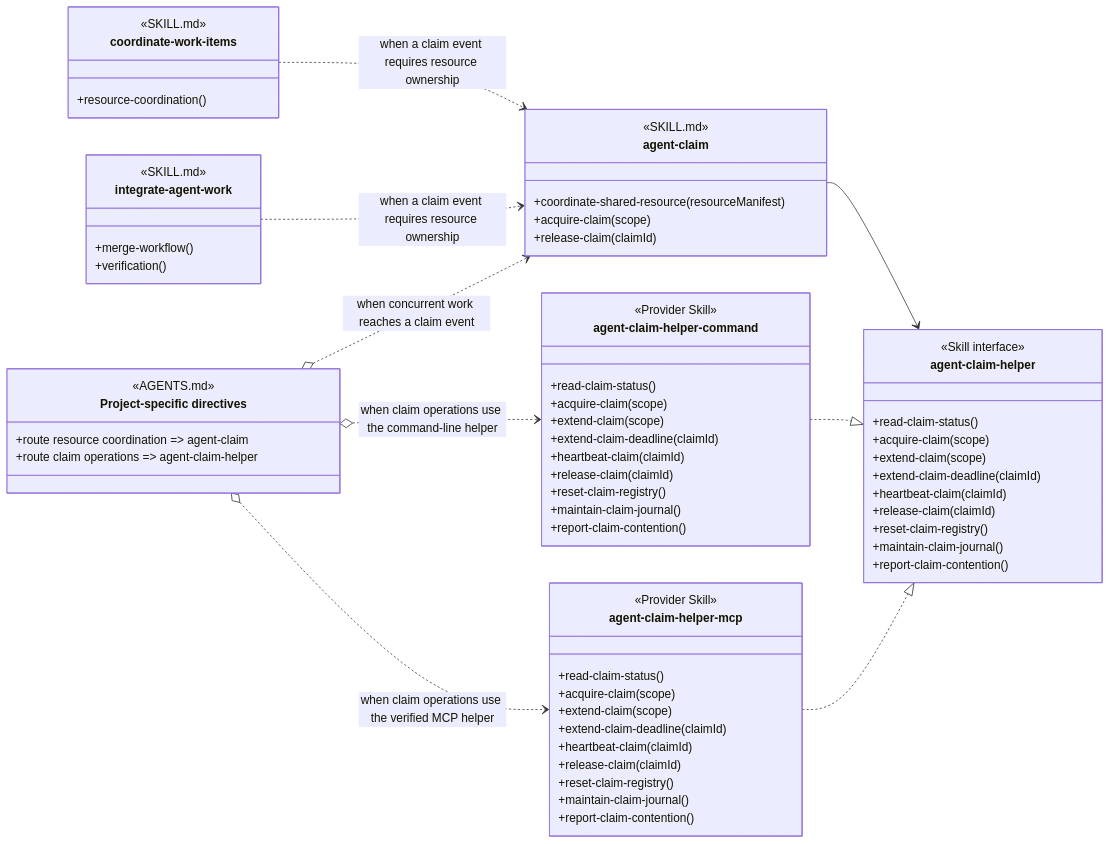
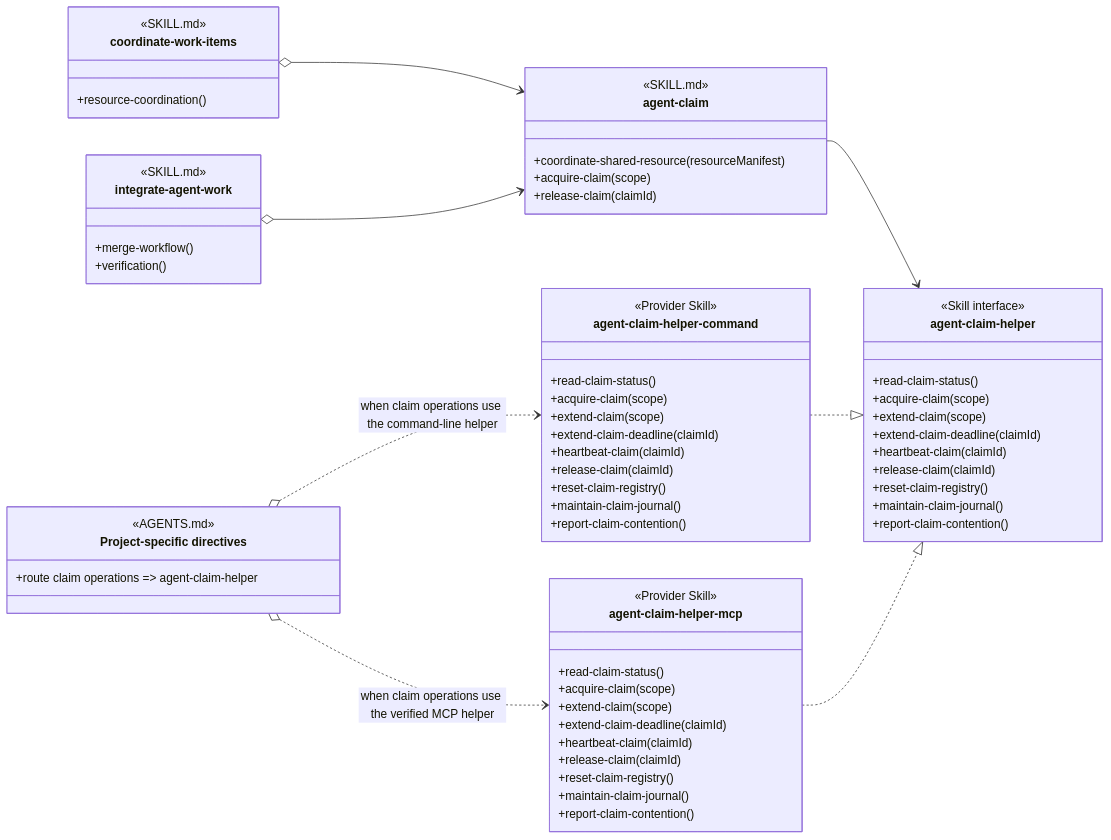
The seventh of 8 diagrams in design/skill-groups/concurrent-tasking.md (martinbechard/dev-methodology), drawn with Mermaid before and after one commit. The commit also changed other lines of this file and 1 other file, not shown here.

Commit message:
Fix coordinate work item claim dependency

````diff
--- a/design/skill-groups/concurrent-tasking.md
+++ b/design/skill-groups/concurrent-tasking.md
@@ -535,79 +535,77 @@
 ```mermaid
 classDiagram
     direction LR
 
     class coordinate-work-items {
         <<SKILL.md>>
         <<Agent Skill>>
         +resource-coordination()
     }
 
     class integrate-agent-work {
         <<SKILL.md>>
         <<Agent Skill>>
         +merge-workflow()
         +verification()
     }
 
     class project-specific-directives["Project-specific directives"] {
         <<AGENTS.md>>
         <<routing>>
-        +route resource coordination => agent-claim
         +route claim operations => agent-claim-helper
     }
 
     class agent-claim {
         <<SKILL.md>>
         +coordinate-shared-resource(resourceManifest)
         +acquire-claim(scope)
         +release-claim(claimId)
     }
 
     class ClaimHelper["agent-claim-helper"] {
         <<Skill interface>>
         +read-claim-status()
         +acquire-claim(scope)
         +extend-claim(scope)
         +extend-claim-deadline(claimId)
         +heartbeat-claim(claimId)
         +release-claim(claimId)
         +reset-claim-registry()
         +maintain-claim-journal()
         +report-claim-contention()
     }
 
     class agent-claim-helper-command {
         <<Provider Skill>>
         +read-claim-status()
         +acquire-claim(scope)
         +extend-claim(scope)
         +extend-claim-deadline(claimId)
         +heartbeat-claim(claimId)
         +release-claim(claimId)
         +reset-claim-registry()
         +maintain-claim-journal()
         +report-claim-contention()
     }
 
     class agent-claim-helper-mcp {
         <<Provider Skill>>
         +read-claim-status()
         +acquire-claim(scope)
         +extend-claim(scope)
         +extend-claim-deadline(claimId)
         +heartbeat-claim(claimId)
         +release-claim(claimId)
         +reset-claim-registry()
         +maintain-claim-journal()
         +report-claim-contention()
     }
 
-    project-specific-directives o..> agent-claim : when concurrent work reaches a claim event
     project-specific-directives o..> agent-claim-helper-command : when claim operations use the command-line helper
     project-specific-directives o..> agent-claim-helper-mcp : when claim operations use the verified MCP helper
-    coordinate-work-items ..> agent-claim : when a claim event requires resource ownership
-    integrate-agent-work ..> agent-claim : when a claim event requires resource ownership
+    coordinate-work-items o--> agent-claim
+    integrate-agent-work o--> agent-claim
     agent-claim --> ClaimHelper
     agent-claim-helper-command ..|> ClaimHelper
     agent-claim-helper-mcp ..|> ClaimHelper
 ```
````
